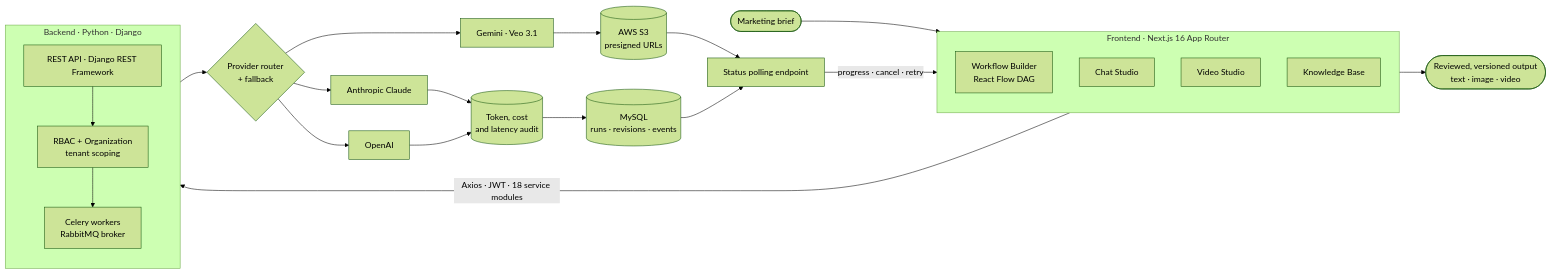
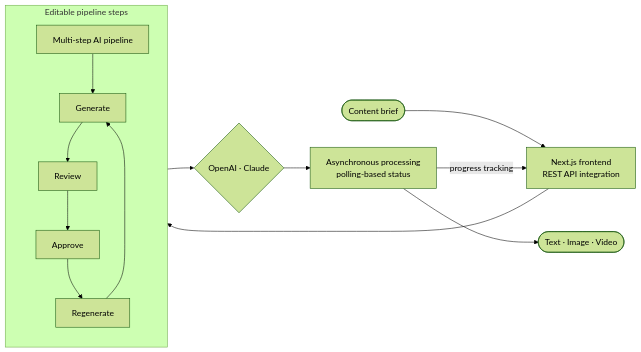
One commit to Pooja24100/Pooja24100 changed the diagram in README.md. Above: the diagram before and after it, drawn with Mermaid (forest theme). The commit also changed other lines of this file, not shown here.

````diff
--- a/README.md
+++ b/README.md
@@ -208,35 +120,19 @@
 ```mermaid
 flowchart LR
-    U(["Marketing brief"]) --> FE
+    BRIEF(["Content brief"]) --> FE["Next.js frontend<br/>REST API integration"]
+    FE --> PIPE["Multi-step AI pipeline"]
 
-    subgraph FE["Frontend · Next.js 16 App Router"]
+    subgraph STEPS["Editable pipeline steps"]
         direction TB
-        WB["Workflow Builder<br/>React Flow DAG"]
-        CS["Chat Studio"]
-        VS["Video Studio"]
-        KB["Knowledge Base"]
+        PIPE --> GEN["Generate"]
+        GEN --> REV["Review"]
+        REV --> APP["Approve"]
+        APP --> REG["Regenerate"]
+        REG --> GEN
     end
 
-    FE -->|"Axios · JWT · 18 service modules"| API["REST API · Django REST Framework"]
-
-    subgraph BE["Backend · Python · Django"]
-        direction TB
-        API --> PERM["RBAC + Organization<br/>tenant scoping"]
-        PERM --> CEL["Celery workers<br/>RabbitMQ broker"]
-    end
-
-    CEL --> ROUTER{"Provider router<br/>+ fallback"}
-    ROUTER --> CLAUDE["Anthropic Claude"]
-    ROUTER --> OAI["OpenAI"]
-    ROUTER --> GEM["Gemini · Veo 3.1"]
-
-    CLAUDE --> AUDIT[("Token, cost<br/>and latency audit")]
-    OAI --> AUDIT
-    GEM --> S3[("AWS S3<br/>presigned URLs")]
-
-    AUDIT --> DB[("MySQL<br/>runs · revisions · events")]
-    S3 --> POLL["Status polling endpoint"]
-    DB --> POLL
-    POLL -->|"progress · cancel · retry"| FE
-    FE --> OUT(["Reviewed, versioned output<br/>text · image · video"])
+    PIPE --> PROV{"OpenAI · Claude"}
+    PROV --> ASYNC["Asynchronous processing<br/>polling-based status"]
+    ASYNC -->|"progress tracking"| FE
+    ASYNC --> OUT(["Text · Image · Video"])
 ```
````
